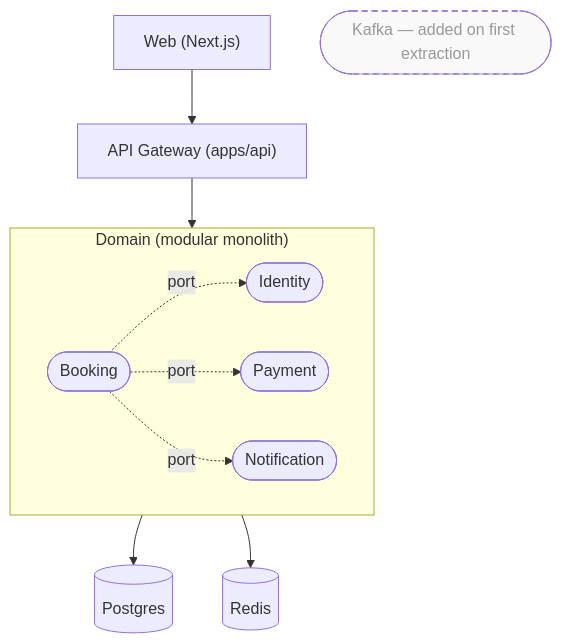
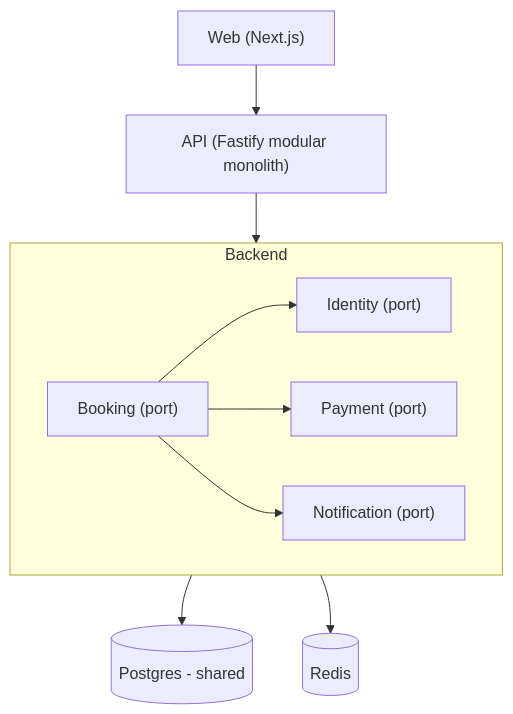
Before and after one commit to aoecosystem/agentic-workflow: the diagram in deliverables/architecture/styles/hybrid.md, drawn with Mermaid. The commit also changed other lines of this file and 12 other files, not shown here.

````diff
--- a/deliverables/architecture/styles/hybrid.md
+++ b/deliverables/architecture/styles/hybrid.md
@@ -278,19 +271,17 @@
 ```mermaid
 flowchart TB
-  Client["Web (Next.js)"] --> API["API Gateway (apps/api)"]
-  subgraph Domain["Domain (modular monolith)"]
+  Client["Web (Next.js)"] --> Gateway["API (Fastify modular monolith)"]
+  subgraph Backend
     direction LR
-    M1(["Identity"])
-    M2(["Booking"])
-    M3(["Payment"])
-    M4(["Notification"])
-    M2 -.->|port| M1
-    M2 -.->|port| M3
-    M2 -.->|port| M4
+    M1["Identity (port)"]
+    M2["Booking (port)"]
+    M3["Payment (port)"]
+    M4["Notification (port)"]
+    M2 --> M1
+    M2 --> M3
+    M2 --> M4
   end
-  API --> Domain
-  Domain --> DB[(Postgres)]
-  Domain --> Cache[(Redis)]
-  Kafka([Kafka — added on first extraction]):::future
-  classDef future stroke-dasharray: 6 4,fill:#f9f9f9,color:#999
+  Gateway --> Backend
+  Backend --> DB[(Postgres - shared)]
+  Backend --> Cache[(Redis)]
 ```
````
